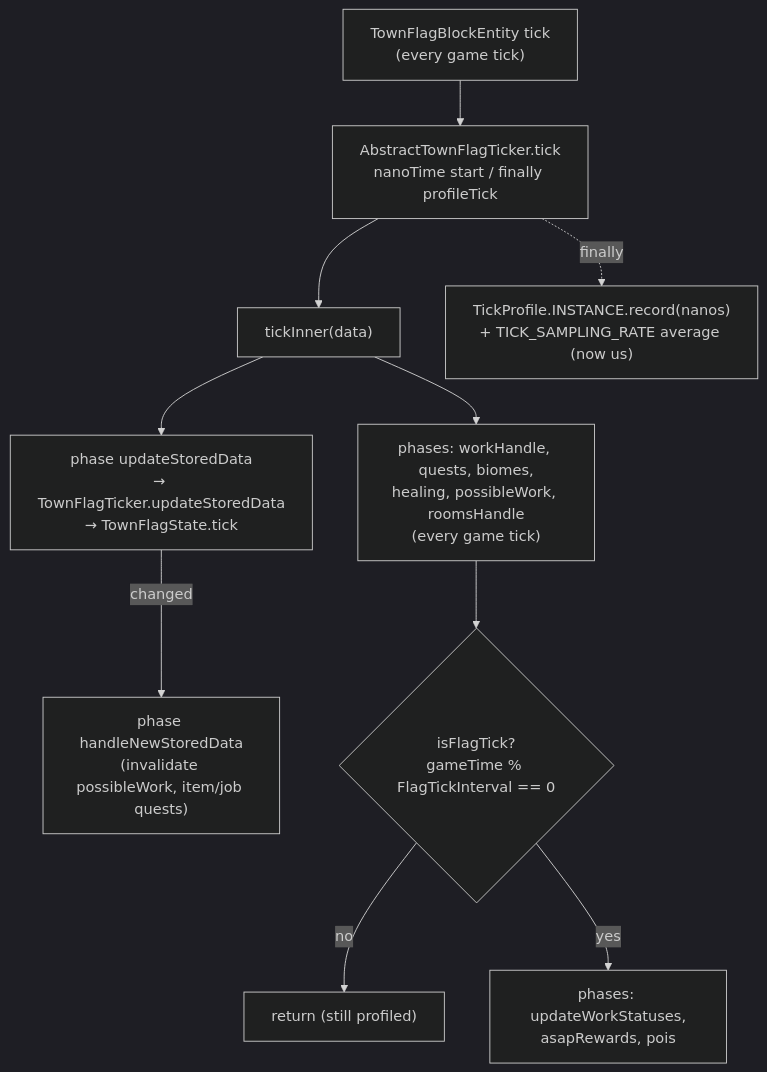
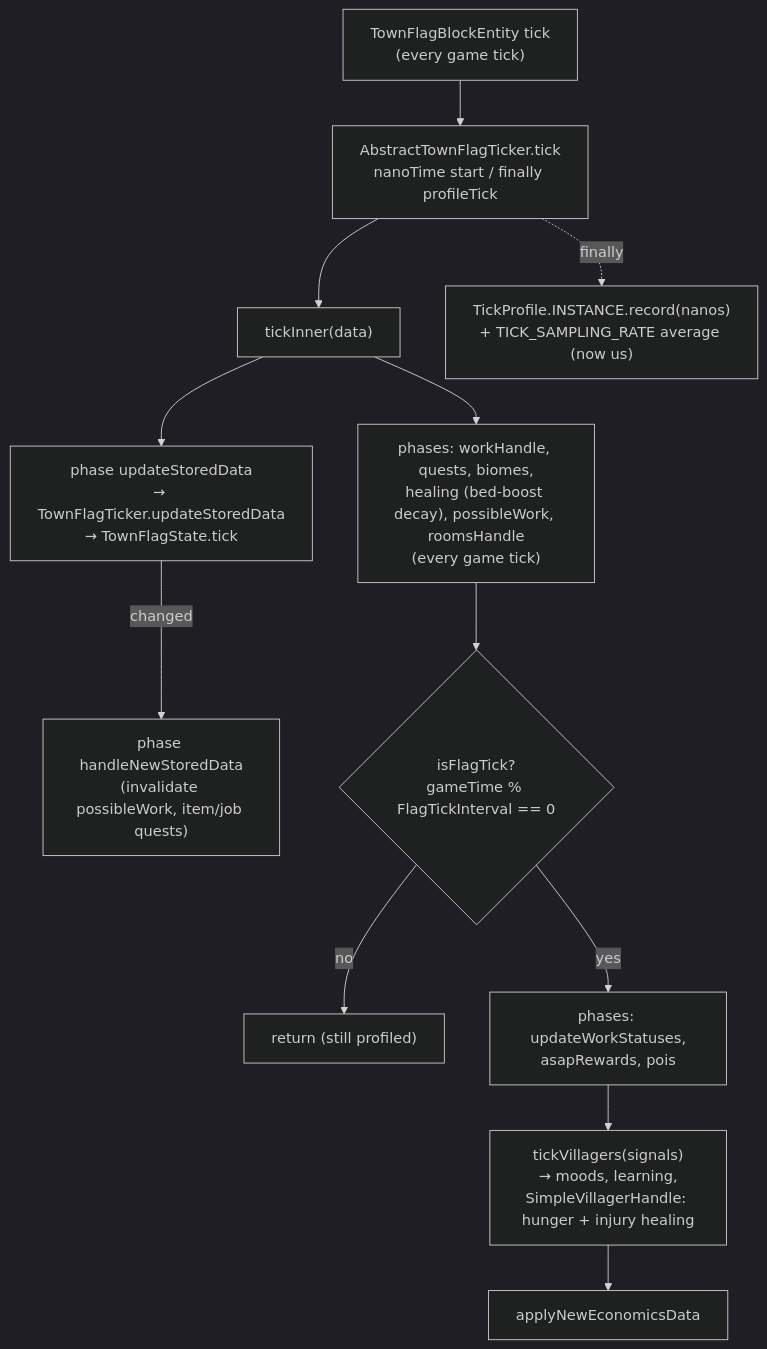
The first of 7 diagrams in src/main/java/ca/bradj/questown/town/COMPLEX.md (bradsk88/Questown), drawn with Mermaid (dark theme) before and after one commit. The commit also changed other lines of this file and 2 other files, not shown here.

First line of the commit message:
fix(villagers): scale injury healing by the flag tick interval

````diff
--- a/src/main/java/ca/bradj/questown/town/COMPLEX.md
+++ b/src/main/java/ca/bradj/questown/town/COMPLEX.md
@@ -11,15 +11,17 @@
 ```mermaid
 flowchart TD
     MC["TownFlagBlockEntity tick<br/>(every game tick)"] --> Wrap["AbstractTownFlagTicker.tick<br/>nanoTime start / finally profileTick"]
     Wrap --> Inner["tickInner(data)"]
 
     Inner --> Stored["phase updateStoredData<br/>→ TownFlagTicker.updateStoredData<br/>→ TownFlagState.tick"]
     Stored -->|"changed"| New["phase handleNewStoredData<br/>(invalidate possibleWork, item/job quests)"]
-    Inner --> PerTick["phases: workHandle, quests, biomes,<br/>healing, possibleWork, roomsHandle<br/>(every game tick)"]
+    Inner --> PerTick["phases: workHandle, quests, biomes,<br/>healing (bed-boost decay), possibleWork, roomsHandle<br/>(every game tick)"]
 
     PerTick --> Gate{"isFlagTick?<br/>gameTime % FlagTickInterval == 0"}
     Gate -- no --> Exit["return (still profiled)"]
     Gate -- yes --> Heavy["phases: updateWorkStatuses,<br/>asapRewards, pois"]
+    Heavy --> Vil["tickVillagers(signals)<br/>→ moods, learning,<br/>SimpleVillagerHandle: hunger + injury healing"]
+    Vil --> Econ["applyNewEconomicsData"]
 
     Wrap -.finally.-> Prof["TickProfile.INSTANCE.record(nanos)<br/>+ TICK_SAMPLING_RATE average (now us)"]
 ```
````
